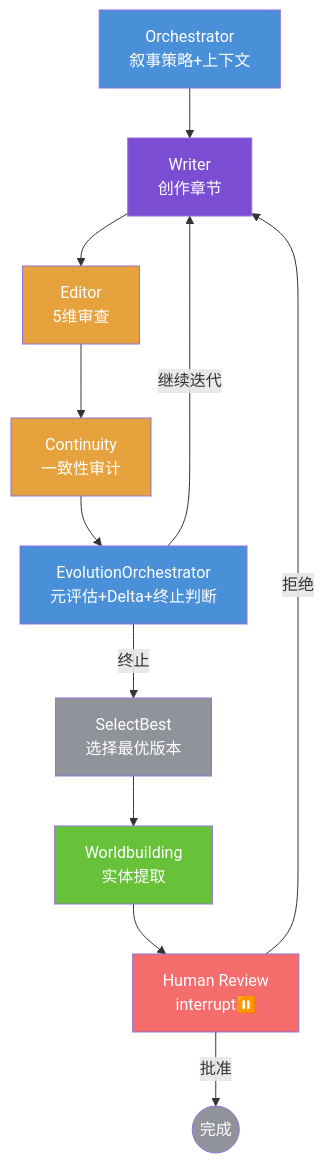
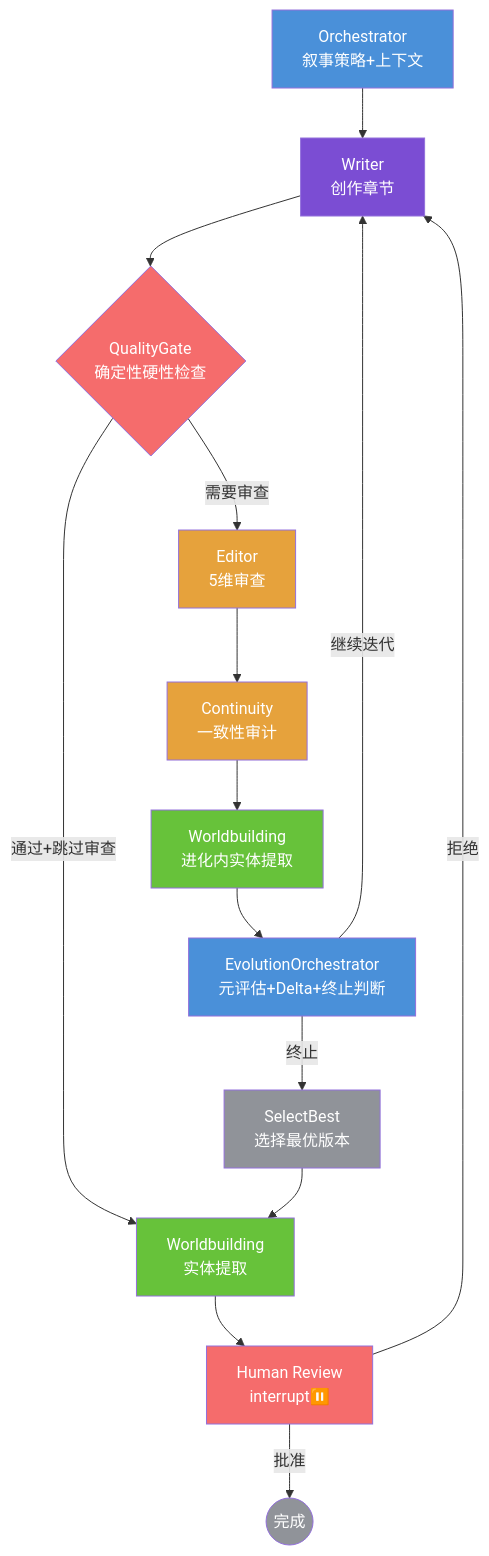
Before and after one commit to alph-cmky/novel-agent: the diagram in README.md, drawn with Mermaid. The commit also changed other lines of this file and 1 other file, not shown here.

````diff
--- a/README.md
+++ b/README.md
@@ -57,23 +58,28 @@
 ```mermaid
 graph TD
     O[Orchestrator<br/>叙事策略+上下文] --> W[Writer<br/>创作章节]
-    W --> E[Editor<br/>5维审查]
+    W --> QG{QualityGate<br/>确定性硬性检查}
+    QG -->|通过+跳过审查| WB2[Worldbuilding<br/>实体提取]
+    QG -->|需要审查| E[Editor<br/>5维审查]
     E --> C[Continuity<br/>一致性审计]
-    C --> EO[EvolutionOrchestrator<br/>元评估+Delta+终止判断]
+    C --> WB1[Worldbuilding<br/>进化内实体提取]
+    WB1 --> EO[EvolutionOrchestrator<br/>元评估+Delta+终止判断]
     EO -->|继续迭代| W
     EO -->|终止| SB[SelectBest<br/>选择最优版本]
-    SB --> WB[Worldbuilding<br/>实体提取]
-    WB --> H[Human Review<br/>interrupt⏸️]
+    SB --> WB2
+    WB2 --> H[Human Review<br/>interrupt⏸️]
     H -->|批准| DONE((完成))
     H -->|拒绝| W
 
     style O fill:#4a90d9,color:#fff
     style W fill:#7b4dd3,color:#fff
+    style QG fill:#f56c6c,color:#fff
     style E fill:#e6a23c,color:#fff
     style C fill:#e6a23c,color:#fff
+    style WB1 fill:#67c23a,color:#fff
     style EO fill:#4a90d9,color:#fff
     style SB fill:#909399,color:#fff
-    style WB fill:#67c23a,color:#fff
+    style WB2 fill:#67c23a,color:#fff
     style H fill:#f56c6c,color:#fff
     style DONE fill:#909399,color:#fff
 ```
````
